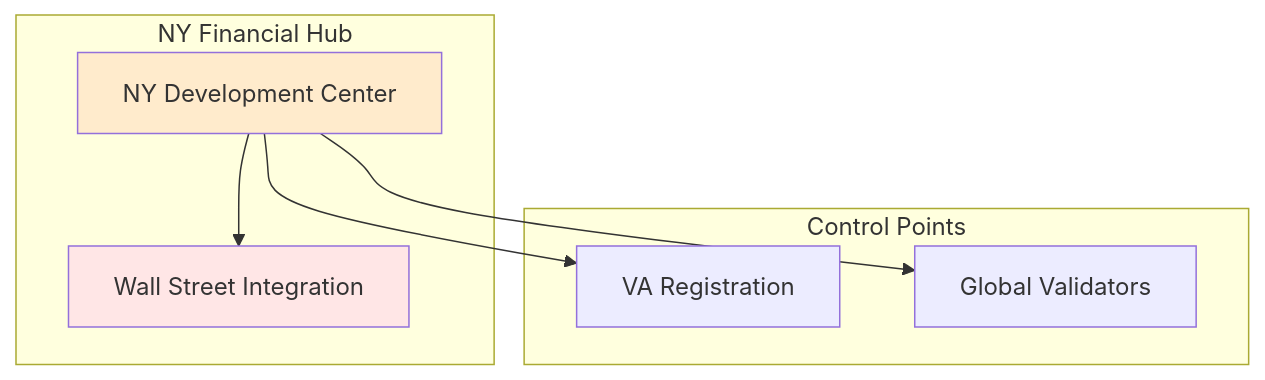
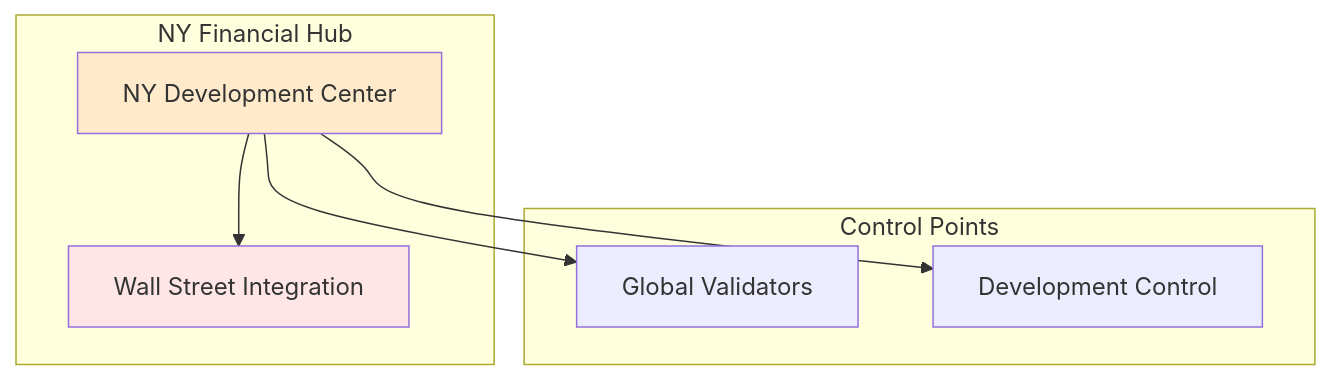
Before and after one commit to staccDOTsol/mds: the first of 4 diagrams in jurisdiction-analysis.md, drawn with Mermaid. The commit also changed other lines of this file and 1 other file, not shown here.

````diff
--- a/jurisdiction-analysis.md
+++ b/jurisdiction-analysis.md
@@ -11,21 +11,21 @@
 ```mermaid
-%% Caption: Geographic Distribution - NY development hub showing financial and control point relationships
+%% Caption: Geographic Distribution - NY development hub showing control point relationships
 graph TD
     subgraph "NY Financial Hub"
         NY[NY Development Center]
         WS[Wall Street Integration]
         
         NY --> WS
     end
     
     subgraph "Control Points"
-        VA[VA Registration]
         Global[Global Validators]
+        Dev[Development Control]
         
-        NY --> VA
         NY --> Global
+        NY --> Dev
     end
     
     style NY fill:#ffebcc
     style WS fill:#ffe6e6
 ```
````
